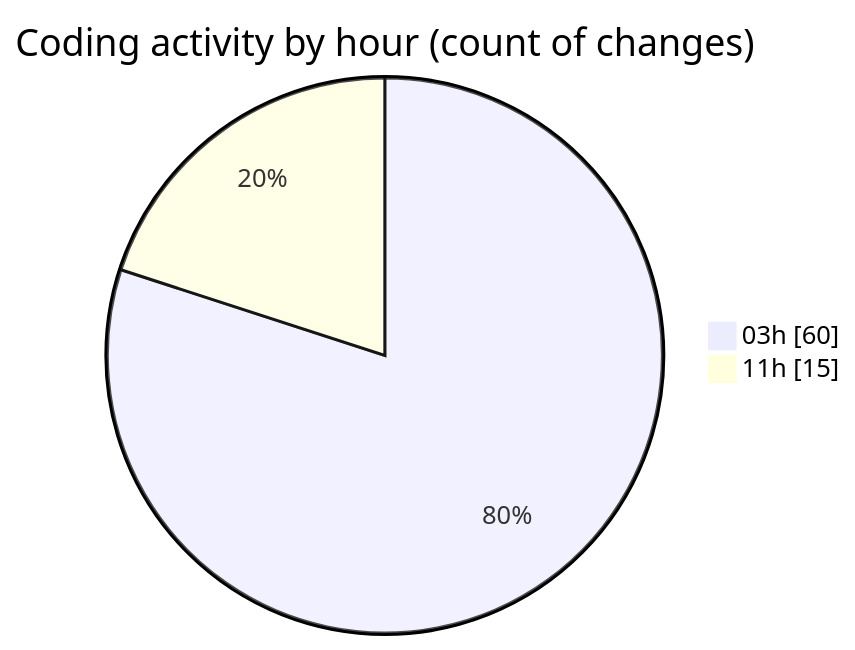
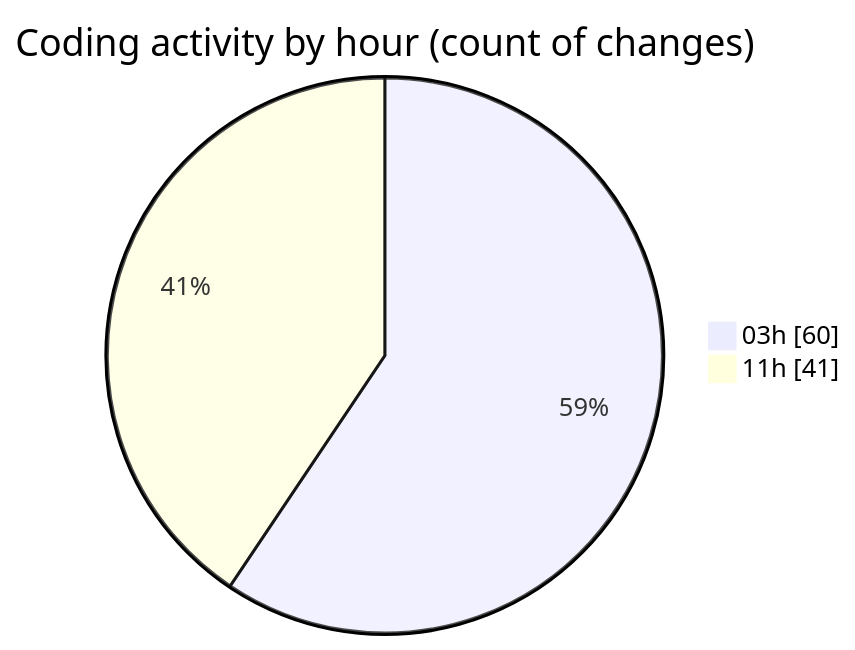
One commit to Ritupan-Deka/code-tracking changed the second of 2 diagrams in 2025-07-02/mern-thinkboard/README.md. Above: the diagram before and after it, drawn with Mermaid. The commit also changed other lines of this file and 1 other file, not shown here.

````diff
--- a/2025-07-02/mern-thinkboard/README.md
+++ b/2025-07-02/mern-thinkboard/README.md
@@ -32,6 +32,6 @@
 ```mermaid
 pie showData
 title Coding activity by hour (count of changes)
 "03h" : 60
-"11h" : 15
+"11h" : 41
 ```
````
